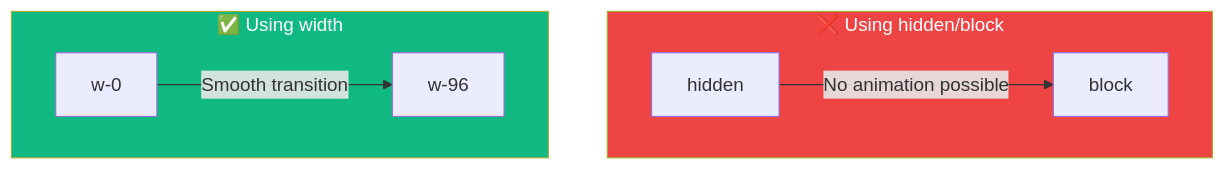
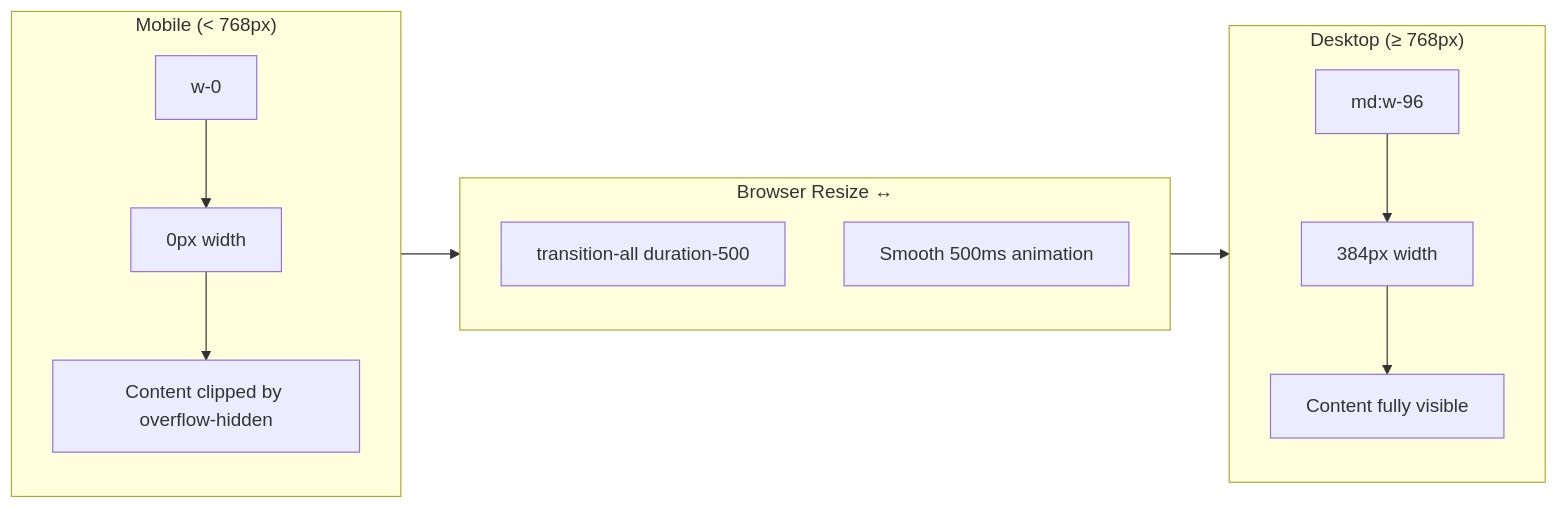
Before and after one commit to pentoshi007/cohort-mine: the fourth of 7 diagrams in 13-week-13/13.2-creating-sidebars-tailwind/README.md, drawn with Mermaid. The commit also changed other lines of this file, not shown here.

Commit message:
Expand README with comprehensive in-depth coverage of all concepts

````diff
--- a/13-week-13/13.2-creating-sidebars-tailwind/README.md
+++ b/13-week-13/13.2-creating-sidebars-tailwind/README.md
@@ -197,13 +491,20 @@
 ```mermaid
-graph TD
-    subgraph Wrong["❌ Using hidden/block"]
-        A1["hidden"] -->|"No animation possible"| B1["block"]
+graph LR
+    subgraph Mobile["Mobile (< 768px)"]
+        M1["w-0"] --> M2["0px width"]
+        M2 --> M3["Content clipped by overflow-hidden"]
     end
     
-    subgraph Correct["✅ Using width"]
-        A2["w-0"] -->|"Smooth transition"| B2["w-96"]
+    subgraph Transition["Browser Resize ↔"]
+        T1["transition-all duration-500"]
+        T2["Smooth 500ms animation"]
     end
     
-    style Wrong fill:#ef4444,color:#fff
-    style Correct fill:#10b981,color:#fff
+    subgraph Desktop["Desktop (≥ 768px)"]
+        D1["md:w-96"] --> D2["384px width"]
+        D2 --> D3["Content fully visible"]
+    end
+    
+    Mobile --> Transition
+    Transition --> Desktop
 ```
````
